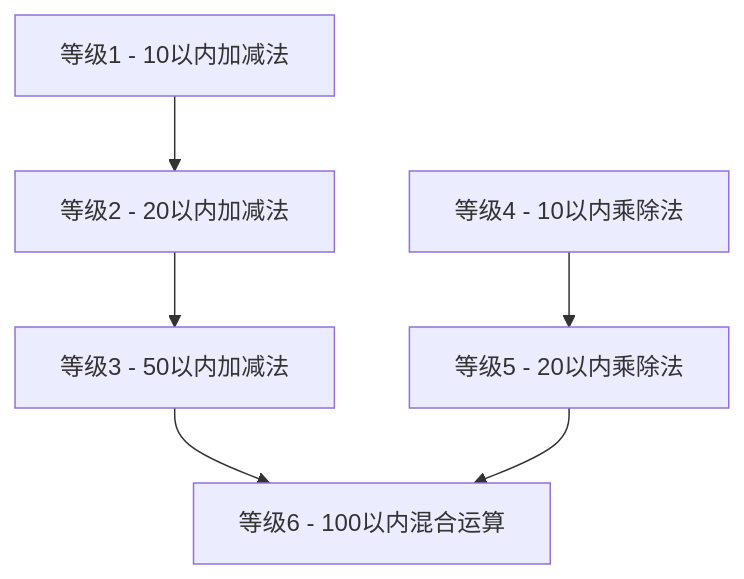
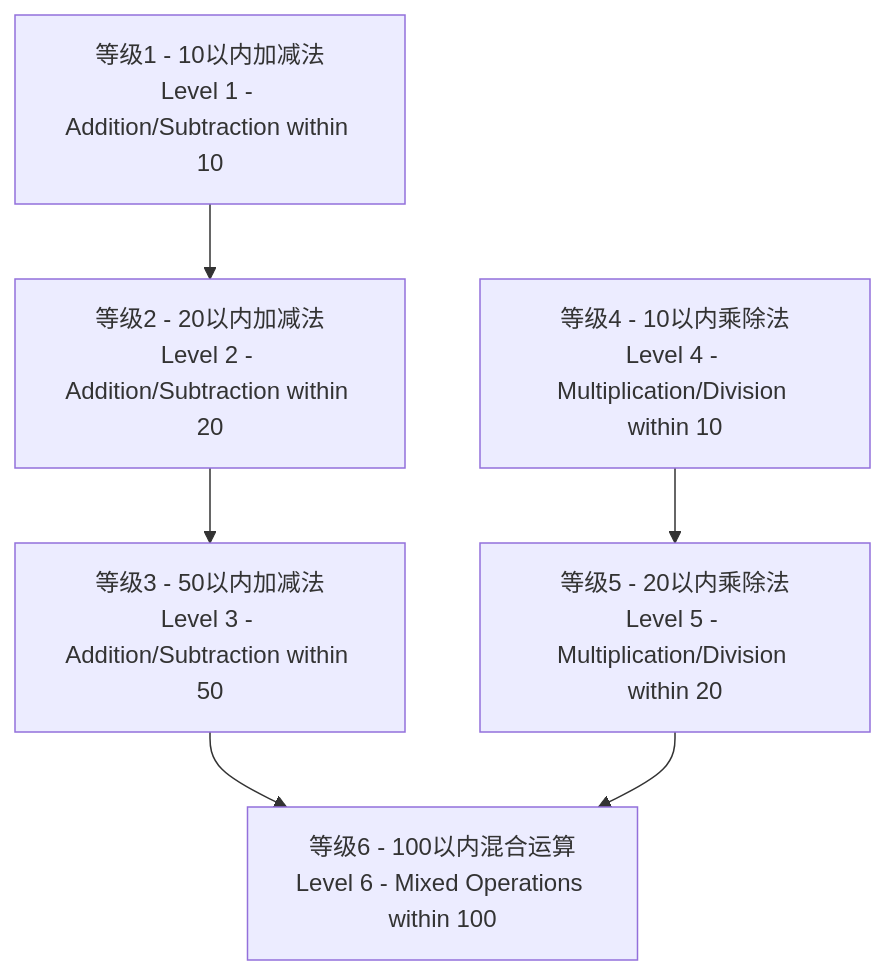
Before and after one commit to tobecrazy/Arithmetic: the diagram in README.md, drawn with Mermaid. The commit also changed other lines of this file, not shown here.

````diff
--- a/README.md
+++ b/README.md
@@ -200,8 +206,8 @@
 ```mermaid
 flowchart TB
-    L1[等级1 - 10以内加减法] --> L2[等级2 - 20以内加减法]
-    L2 --> L3[等级3 - 50以内加减法]
-    L3 --> L6[等级6 - 100以内混合运算]
-    L4[等级4 - 10以内乘除法] --> L5[等级5 - 20以内乘除法]
+    L1[等级1 - 10以内加减法<br/>Level 1 - Addition/Subtraction within 10] --> L2[等级2 - 20以内加减法<br/>Level 2 - Addition/Subtraction within 20]
+    L2 --> L3[等级3 - 50以内加减法<br/>Level 3 - Addition/Subtraction within 50]
+    L3 --> L6[等级6 - 100以内混合运算<br/>Level 6 - Mixed Operations within 100]
+    L4[等级4 - 10以内乘除法<br/>Level 4 - Multiplication/Division within 10] --> L5[等级5 - 20以内乘除法<br/>Level 5 - Multiplication/Division within 20]
     L5 --> L6
 ```
````
